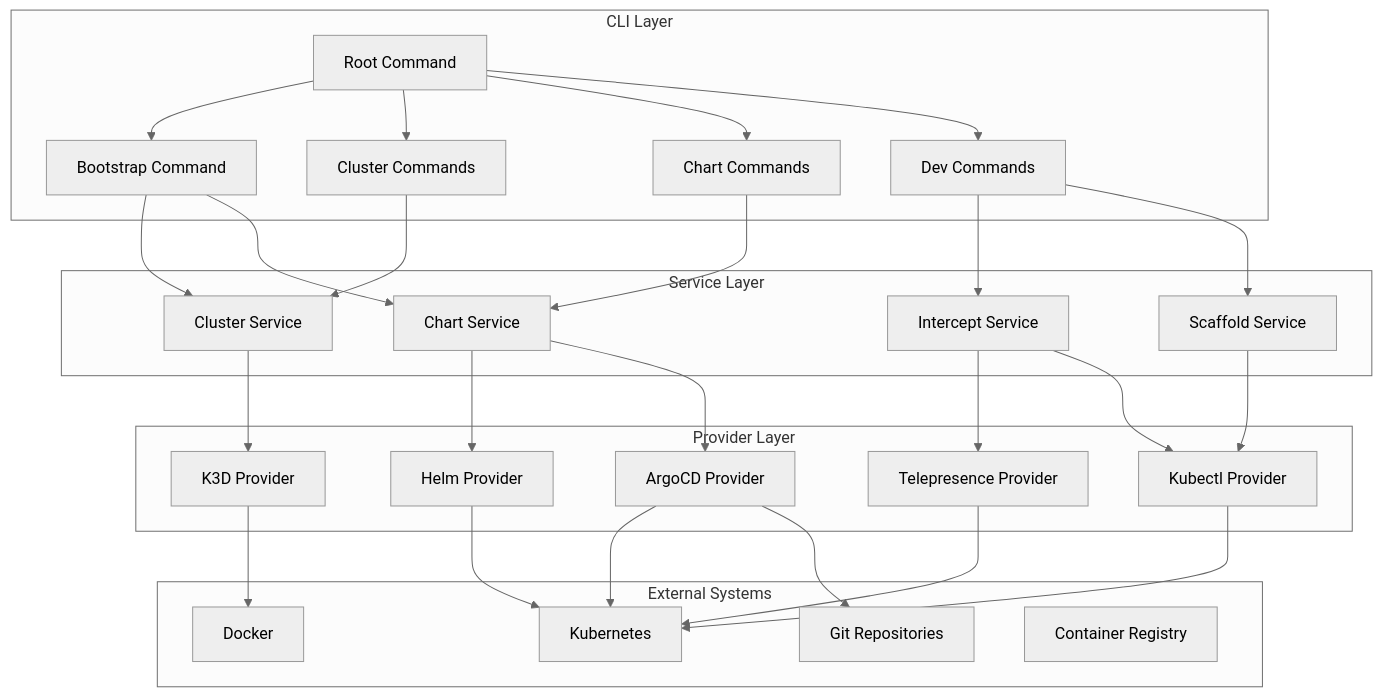
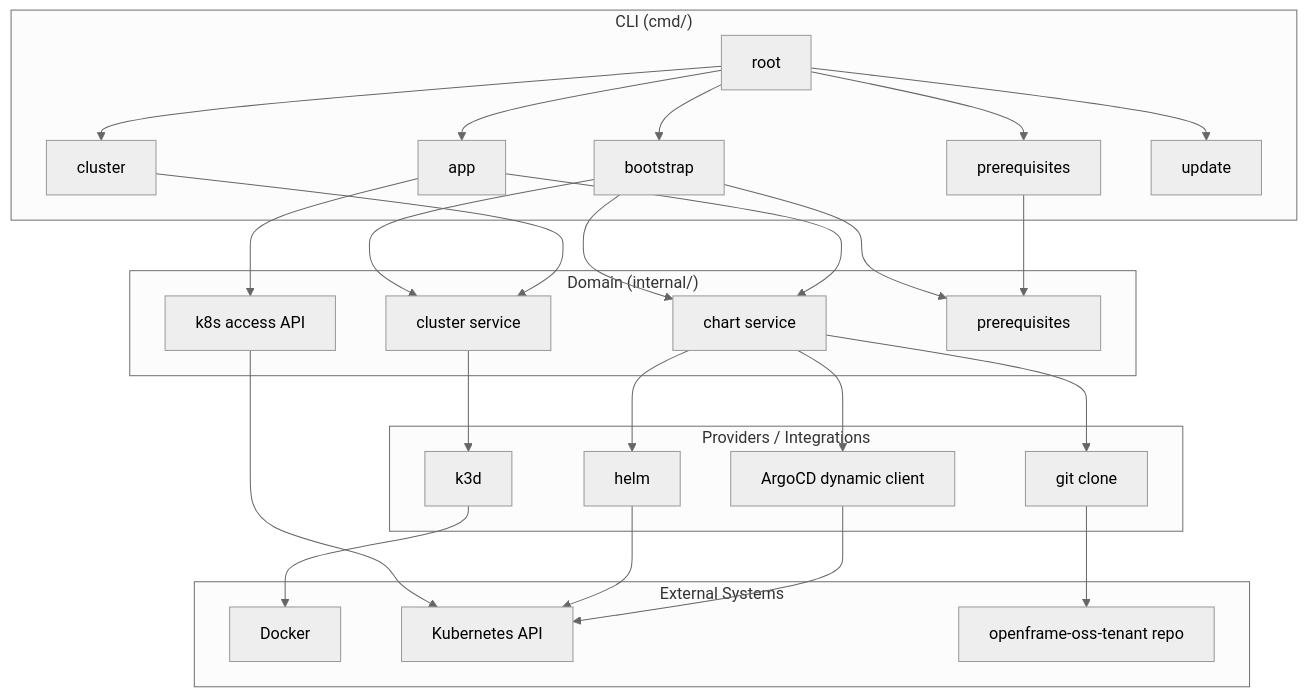
Before and after one commit to flamingo-stack/openframe-cli: the diagram in docs/diagrams/architecture/high-level-system-design.mmd, drawn with Mermaid (neutral theme). The commit also changed 15 other files, not shown here.

```diff
--- a/docs/diagrams/architecture/high-level-system-design.mmd
+++ b/docs/diagrams/architecture/high-level-system-design.mmd
@@ -1,56 +1,54 @@
 graph TB
-    subgraph "CLI Layer"
-        Root[Root Command]
-        Bootstrap[Bootstrap Command]
-        Cluster[Cluster Commands]
-        Chart[Chart Commands] 
-        Dev[Dev Commands]
+    subgraph "CLI (cmd/)"
+        Root[root]
+        Bootstrap[bootstrap]
+        Cluster[cluster]
+        App[app]
+        Prereq[prerequisites]
+        Update[update]
     end
-    
-    subgraph "Service Layer"
-        ClusterSvc[Cluster Service]
-        ChartSvc[Chart Service]
-        InterceptSvc[Intercept Service]
-        ScaffoldSvc[Scaffold Service]
+
+    subgraph "Domain (internal/)"
+        ClusterSvc[cluster service]
+        ChartSvc[chart service]
+        K8sAccess[k8s access API]
+        PrereqSvc[prerequisites]
     end
-    
-    subgraph "Provider Layer"
-        K3D[K3D Provider]
-        Helm[Helm Provider]
-        ArgoCD[ArgoCD Provider]
-        Telepresence[Telepresence Provider]
-        Kubectl[Kubectl Provider]
+
+    subgraph "Providers / Integrations"
+        K3D[k3d]
+        Helm[helm]
+        Git[git clone]
+        ArgoCD[ArgoCD dynamic client]
     end
-    
+
     subgraph "External Systems"
         Docker[Docker]
-        K8s[Kubernetes]
-        Git[Git Repositories]
-        Registry[Container Registry]
+        K8s[Kubernetes API]
+        Repo[openframe-oss-tenant repo]
     end
-    
+
     Root --> Bootstrap
     Root --> Cluster
-    Root --> Chart
-    Root --> Dev
-    
+    Root --> App
+    Root --> Prereq
+    Root --> Update
+
+    Bootstrap --> PrereqSvc
     Bootstrap --> ClusterSvc
     Bootstrap --> ChartSvc
     Cluster --> ClusterSvc
-    Chart --> ChartSvc
-    Dev --> InterceptSvc
-    Dev --> ScaffoldSvc
-    
+    App --> ChartSvc
+    App --> K8sAccess
+    Prereq --> PrereqSvc
+
     ClusterSvc --> K3D
+    ChartSvc --> Git
     ChartSvc --> Helm
     ChartSvc --> ArgoCD
-    InterceptSvc --> Telepresence
-    InterceptSvc --> Kubectl
-    ScaffoldSvc --> Kubectl
-    
+    K8sAccess --> K8s
+
     K3D --> Docker
+    Git --> Repo
     Helm --> K8s
     ArgoCD --> K8s
-    ArgoCD --> Git
-    Telepresence --> K8s
-    Kubectl --> K8s
```
